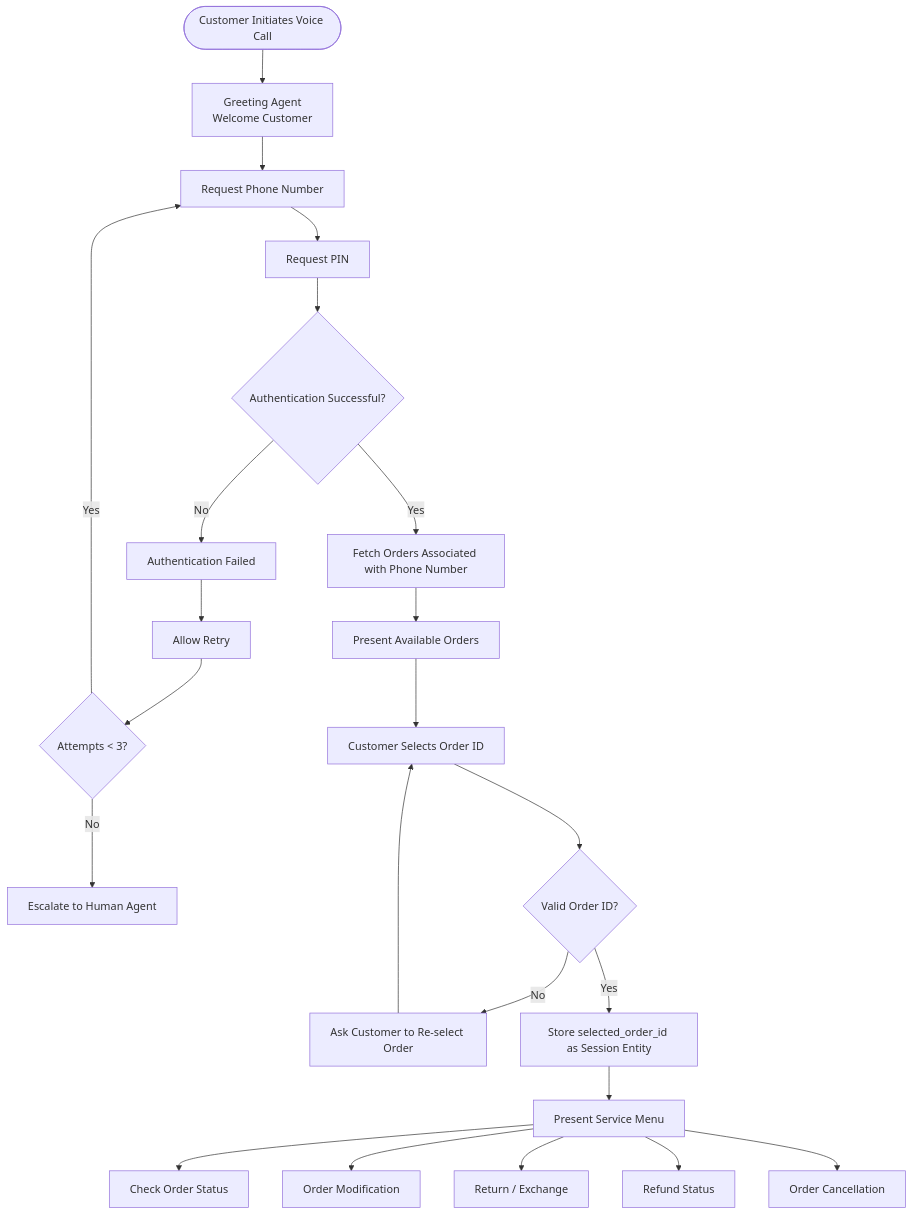
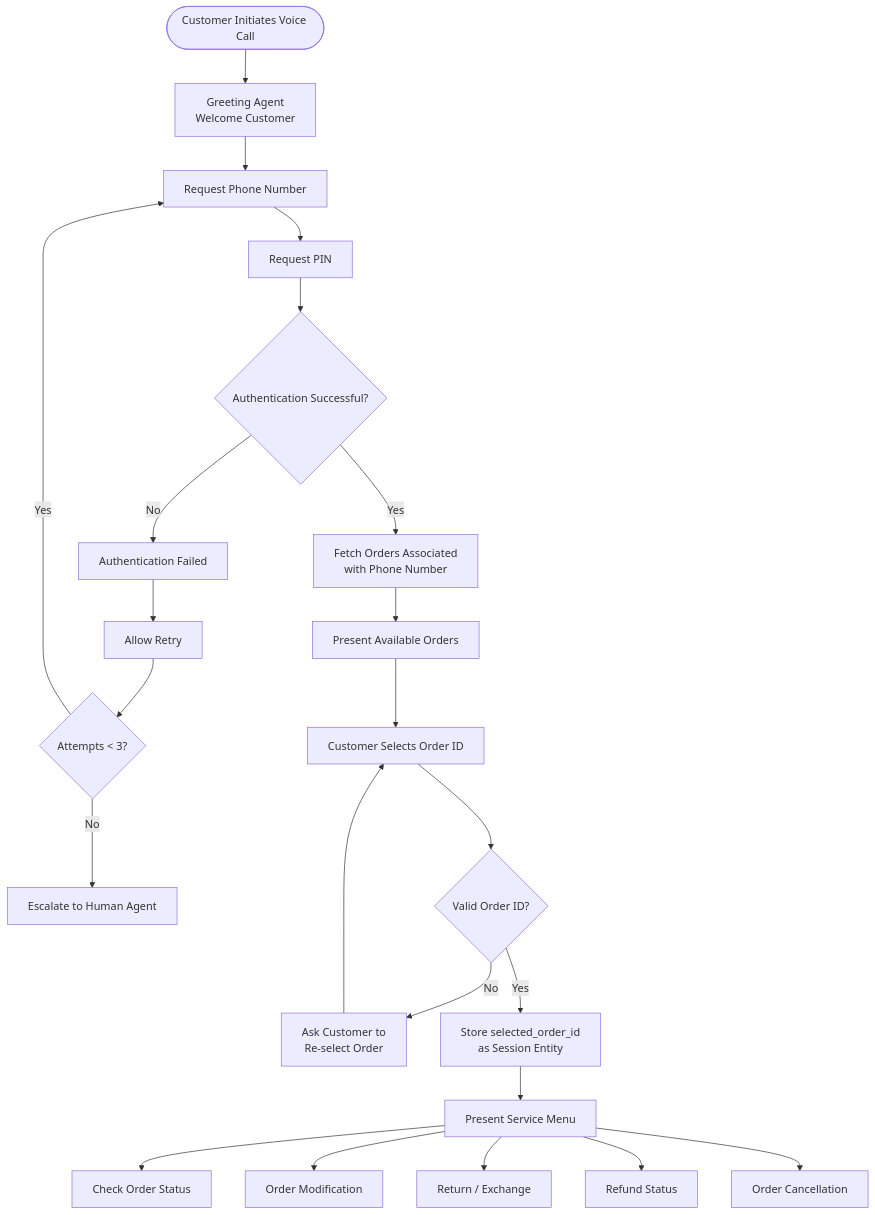
The first of 6 diagrams in docs/02_conversational_architecture.md (anshikasaini12/retail-cx-voice-agent-gcp), drawn with Mermaid before and after one commit. The commit also changed other lines of this file, not shown here.

````diff
--- a/docs/02_conversational_architecture.md
+++ b/docs/02_conversational_architecture.md
@@ -48,49 +48,49 @@
 ```mermaid
 flowchart TD
 
 A([Customer Initiates Voice Call])
 
 --> B[Greeting Agent<br/>Welcome Customer]
 
 --> C[Request Phone Number]
 
 --> D[Request PIN]
 
 --> E{Authentication Successful?}
 
 E -- No --> F[Authentication Failed]
 
 F --> G[Allow Retry]
 
 G --> H{Attempts < 3?}
 
 H -- Yes --> C
 
 H -- No --> I[Escalate to Human Agent]
 
-E -- Yes --> J[Fetch Orders Associated with Phone Number]
+E -- Yes --> J[Fetch Orders Associated <br/> with Phone Number]
 
 J --> K[Present Available Orders]
 
 K --> L[Customer Selects Order ID]
 
 L --> M{Valid Order ID?}
 
-M -- No --> N[Ask Customer to Re-select Order]
+M -- No --> N[Ask Customer to <br/>Re-select Order]
 
 N --> L
 
-M -- Yes --> O[Store selected_order_id as Session Entity]
+M -- Yes --> O[Store selected_order_id <br/>as Session Entity]
 
 O --> P[Present Service Menu]
 
 P --> Q[Check Order Status]
 
 P --> R[Order Modification]
 
 P --> S[Return / Exchange]
 
 P --> T[Refund Status]
 
 P --> U[Order Cancellation]
 ```
````
